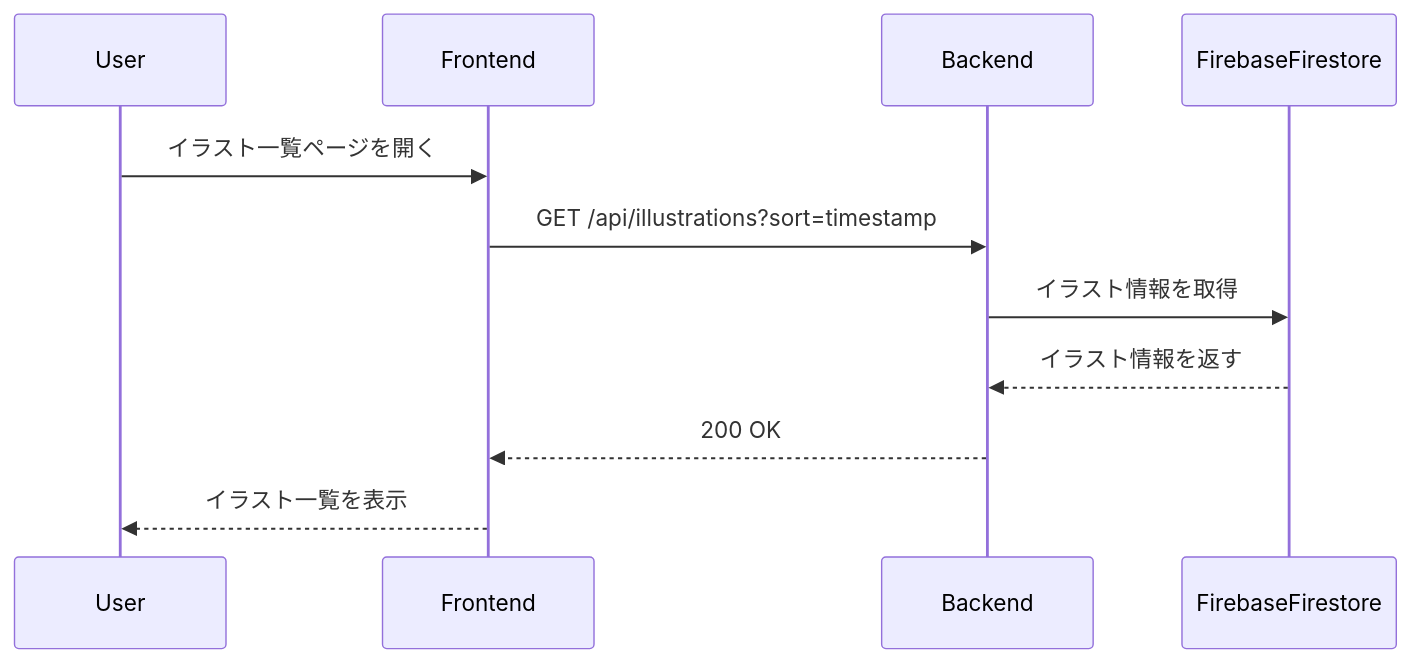
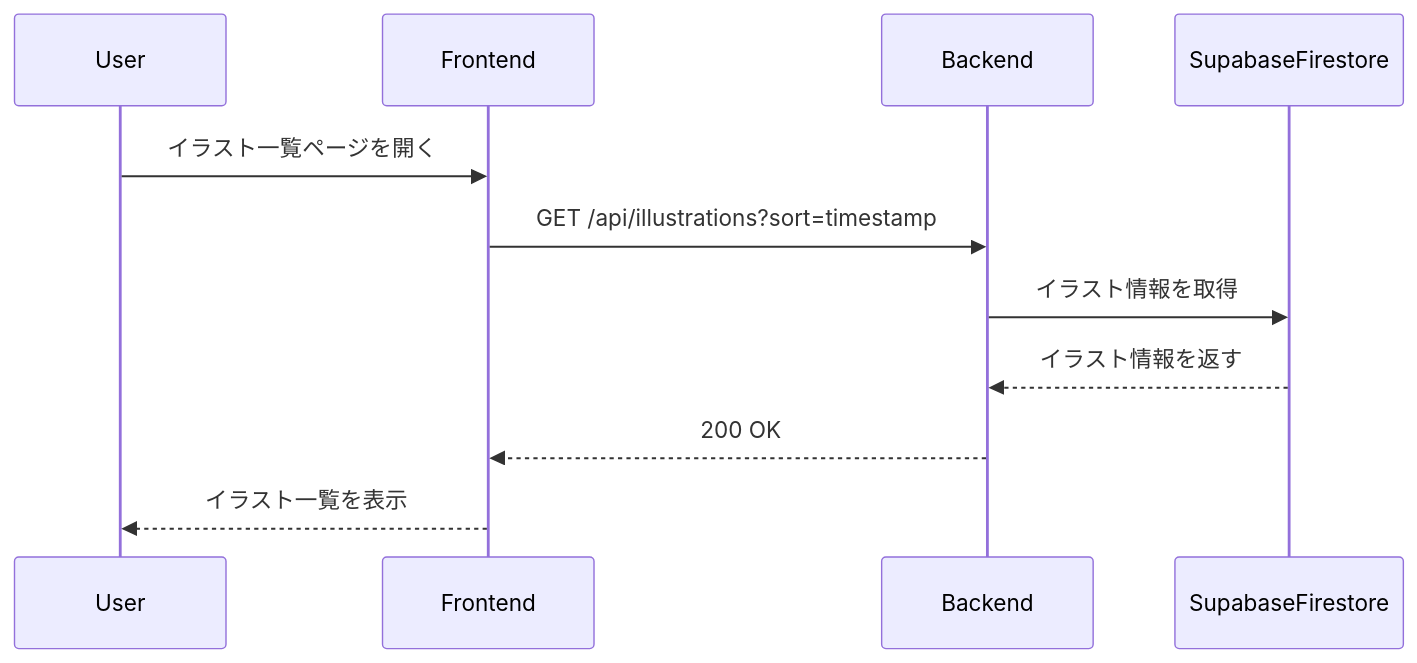
The fourth of 6 diagrams in documents/詳細設計書.md (c-a-c/CAC-image-post), drawn with Mermaid before and after one commit. The commit also changed other lines of this file and 10 other files, not shown here.

Commit message:
update: supabaseの採用、ER図の追加

````diff
--- a/documents/詳細設計書.md
+++ b/documents/詳細設計書.md
@@ -217,14 +217,14 @@
 ```mermaid
 sequenceDiagram
     participant User
     participant Frontend
     participant Backend
-    participant FirebaseFirestore
+    participant SupabaseFirestore
 
     User->>Frontend: イラスト一覧ページを開く
     Frontend->>Backend: GET /api/illustrations?sort=timestamp
-    Backend->>FirebaseFirestore: イラスト情報を取得
-    FirebaseFirestore-->>Backend: イラスト情報を返す
+    Backend->>SupabaseFirestore: イラスト情報を取得
+    SupabaseFirestore-->>Backend: イラスト情報を返す
     Backend-->>Frontend: 200 OK
     Frontend-->>User: イラスト一覧を表示
 ```
````
